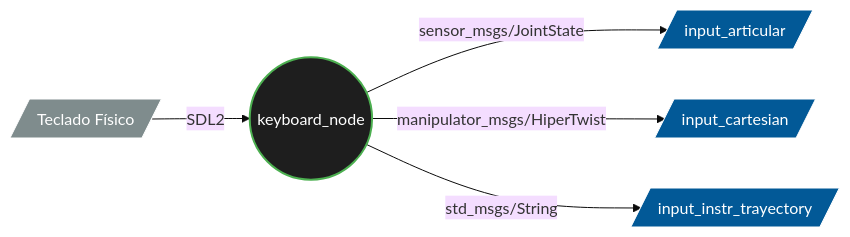
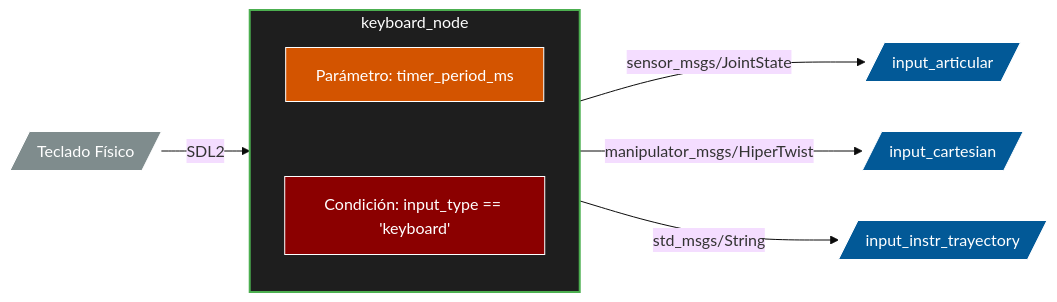
The first of 3 diagrams in src/manual_user_interface/README.md (chechuu85/manipulator_roborescue), drawn with Mermaid (base theme) before and after one commit. The commit also changed other lines of this file, not shown here.

Commit message:
Update flow diagrams in README.md

````diff
--- a/src/manual_user_interface/README.md
+++ b/src/manual_user_interface/README.md
@@ -20,15 +20,44 @@
 ```mermaid
 graph LR
-    A[/Teclado Físico<br/] -->|SDL2| B((keyboard_node))
-    B -->|sensor_msgs/JointState| C[/input_articular/]
-    B -->|manipulator_msgs/HiperTwist| D[/input_cartesian/]
-    B -->|std_msgs/String| E[/input_instr_trayectory/]
-    
-    classDef node fill:#1e1e1e,stroke:#4CAF50,stroke-width:2px,color:#fff;
+    %% Hardware
+    A[/Teclado Físico<br/>/] 
+
+    %% Contenedor Negro Exterior (El Nodo)
+    subgraph keyboard_node ["keyboard_node"]
+        direction TB
+        %% Cuadrado Naranja
+        Param["Parámetro: timer_period_ms"]
+
+        %% Cuadrado Rojo (Condición)
+        Cond["Condición: input_type == 'keyboard'"]
+        
+        %% Enlace invisible para apilarlos verticalmente de forma limpia
+        Param ~~~ Cond
+    end
+
+    %% Tópicos de Salida
+    C[/input_articular/]
+    D[/input_cartesian/]
+    E[/input_instr_trayectory/]
+
+    %% Conexiones
+    A -->|SDL2| keyboard_node
+    keyboard_node -->|sensor_msgs/JointState| C
+    keyboard_node -->|manipulator_msgs/HiperTwist| D
+    keyboard_node -->|std_msgs/String| E
+
+    %% Estilos de los elementos individuales
     classDef topic fill:#025997,stroke:#fff,stroke-width:1px,color:#fff;
     classDef hw fill:#7f8c8d,stroke:#fff,stroke-width:1px,color:#fff;
-    
-    class B node;
+    classDef param fill:#d35400,stroke:#fff,stroke-width:1px,color:#fff;
+    classDef cond fill:#8b0000,stroke:#fff,stroke-width:1px,color:#fff;
+     
     class C,D,E topic;
     class A hw;
+    class Param param;
+    class Cond cond;
+
+    %% Estilo del Contenedor Exterior (Caja Negra con borde verde)
+    style keyboard_node fill:#1e1e1e,stroke:#4CAF50,stroke-width:2px,color:#fff
+
 ```
````
